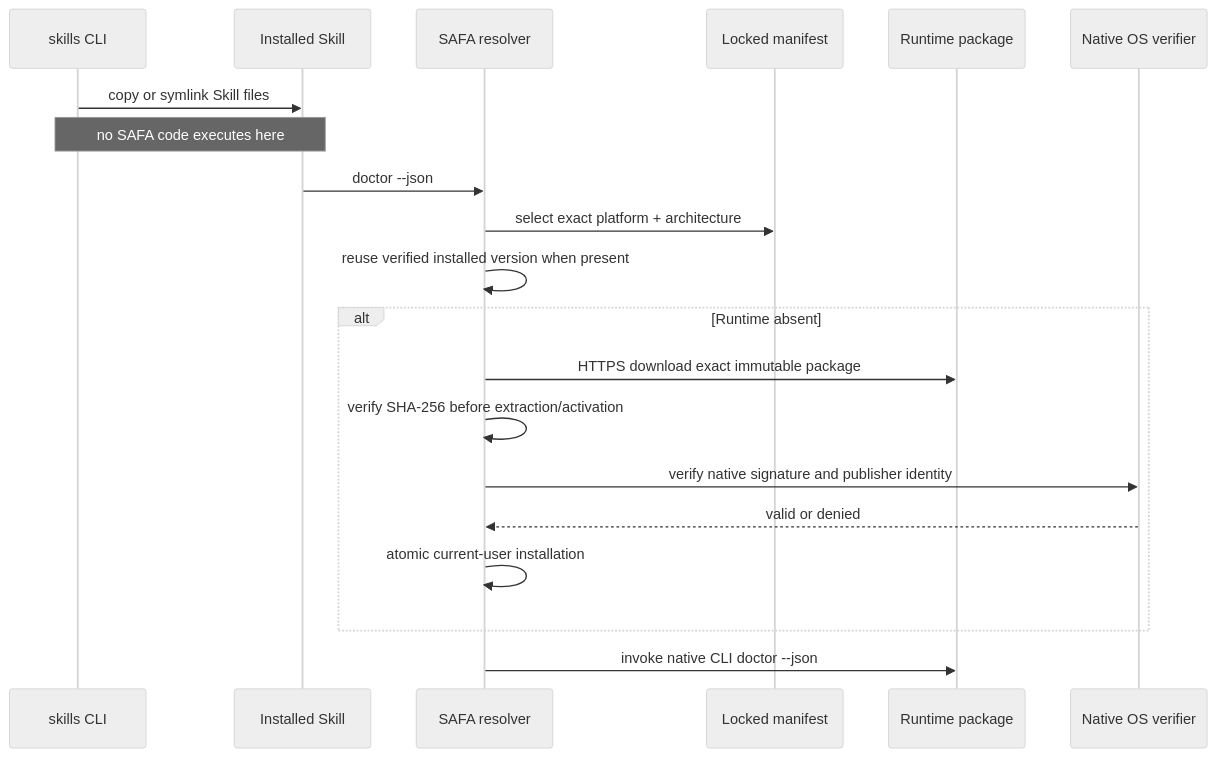
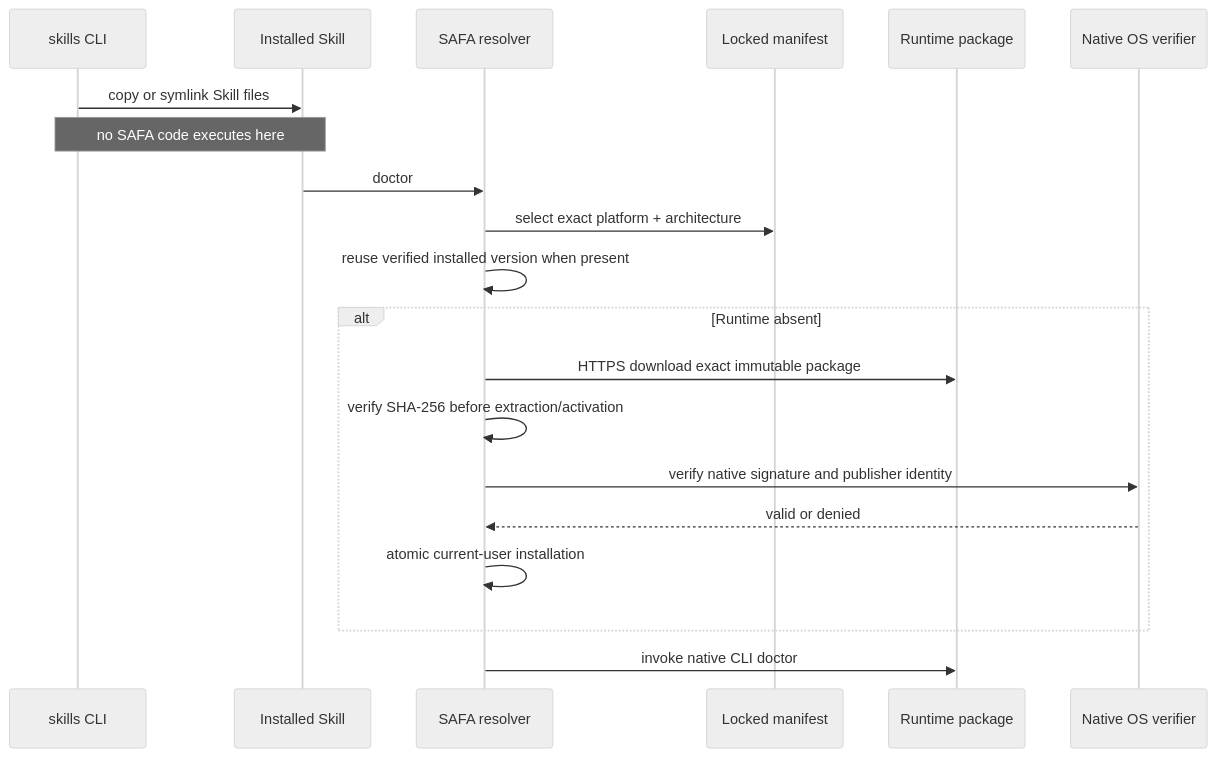
The second of 2 diagrams in docs/distribution.md (juju-w/safa), drawn with Mermaid (neutral theme) before and after one commit. The commit also changed other lines of this file and 42 other files, not shown here.

````diff
--- a/docs/distribution.md
+++ b/docs/distribution.md
@@ -68,23 +73,23 @@
 ```mermaid
 sequenceDiagram
     participant I as skills CLI
     participant S as Installed Skill
     participant L as SAFA resolver
     participant M as Locked manifest
     participant R as Runtime package
     participant O as Native OS verifier
 
     I->>S: copy or symlink Skill files
     Note over I,S: no SAFA code executes here
-    S->>L: doctor --json
+    S->>L: doctor
     L->>M: select exact platform + architecture
     L->>L: reuse verified installed version when present
     alt Runtime absent
       L->>R: HTTPS download exact immutable package
       L->>L: verify SHA-256 before extraction/activation
       L->>O: verify native signature and publisher identity
       O-->>L: valid or denied
       L->>L: atomic current-user installation
     end
-    L->>R: invoke native CLI doctor --json
+    L->>R: invoke native CLI doctor
 ```
````
